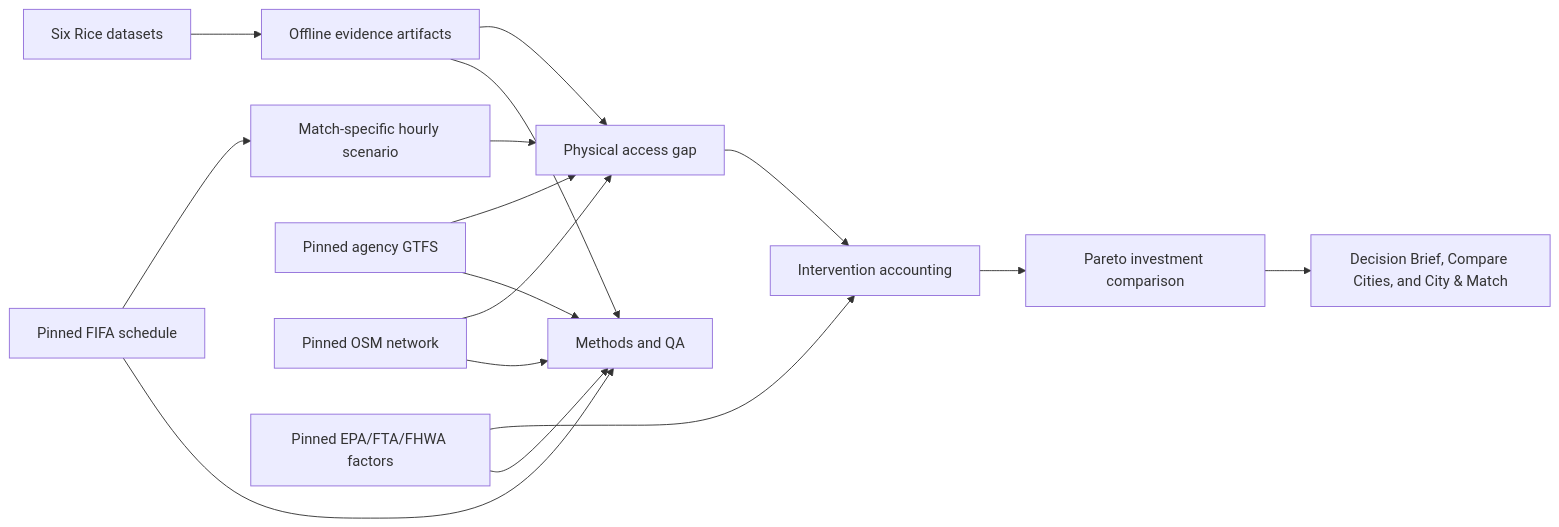
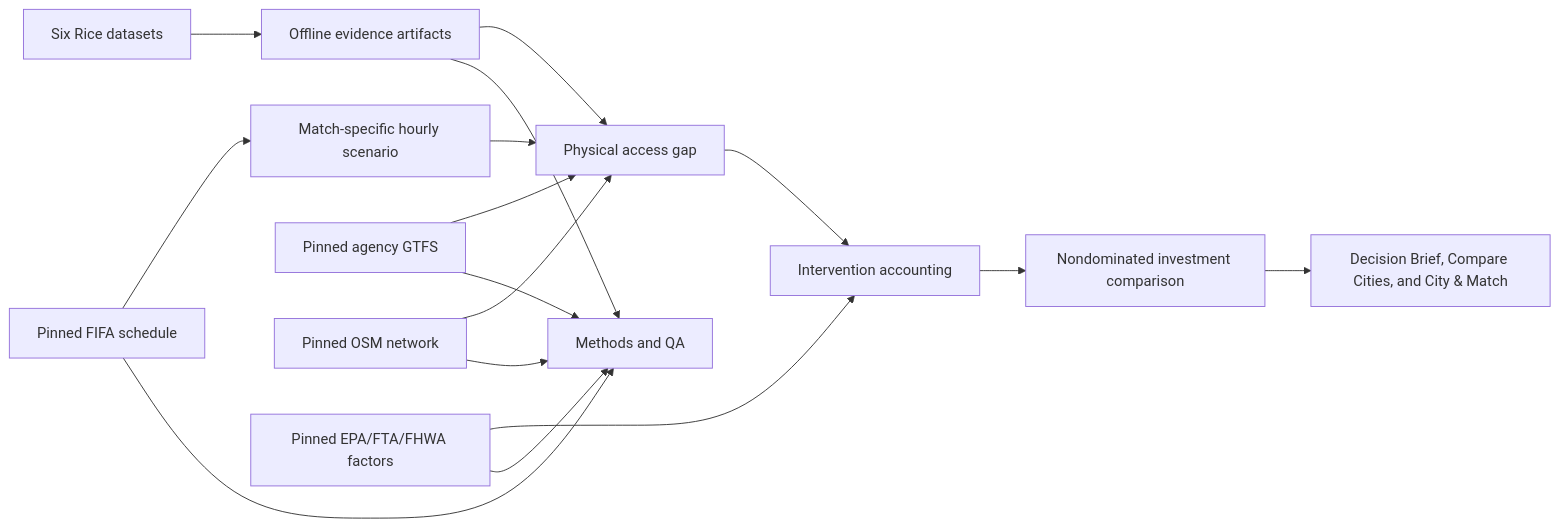
One commit to Wei-Ping-Lam/mobility-platform changed the diagram in docs/METHODOLOGY.md. Above: the diagram before and after it, drawn with Mermaid. The commit also changed other lines of this file and 8 other files, not shown here.

````diff
--- a/docs/METHODOLOGY.md
+++ b/docs/METHODOLOGY.md
@@ -15,18 +15,18 @@
 ```mermaid
 flowchart LR
   R[Six Rice datasets] --> E[Offline evidence artifacts]
   F[Pinned FIFA schedule] --> M[Match-specific hourly scenario]
   G[Pinned agency GTFS] --> A[Physical access gap]
   O[Pinned OSM network] --> A
   E --> A
   M --> A
   X[Pinned EPA/FTA/FHWA factors] --> I[Intervention accounting]
   A --> I
-  I --> P[Pareto investment comparison]
+  I --> P[Nondominated investment comparison]
   E --> Q[Methods and QA]
   F --> Q
   G --> Q
   O --> Q
   X --> Q
   P --> U[Decision Brief, Compare Cities, and City & Match]
 ```
````
